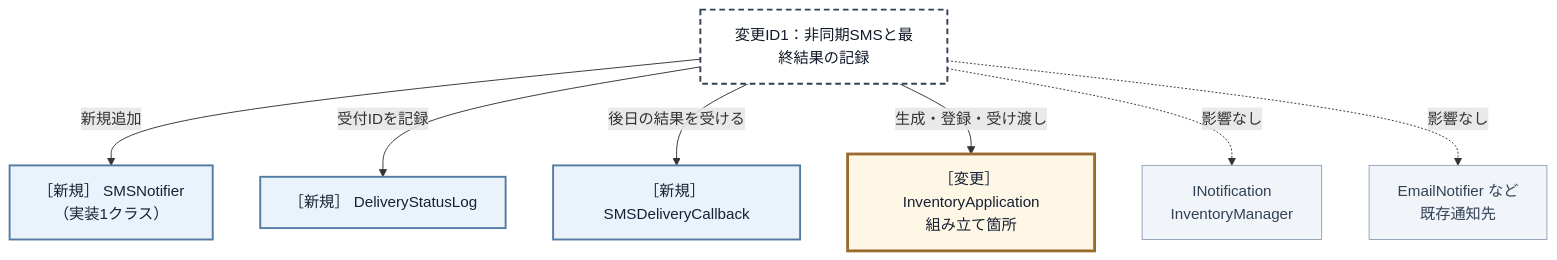
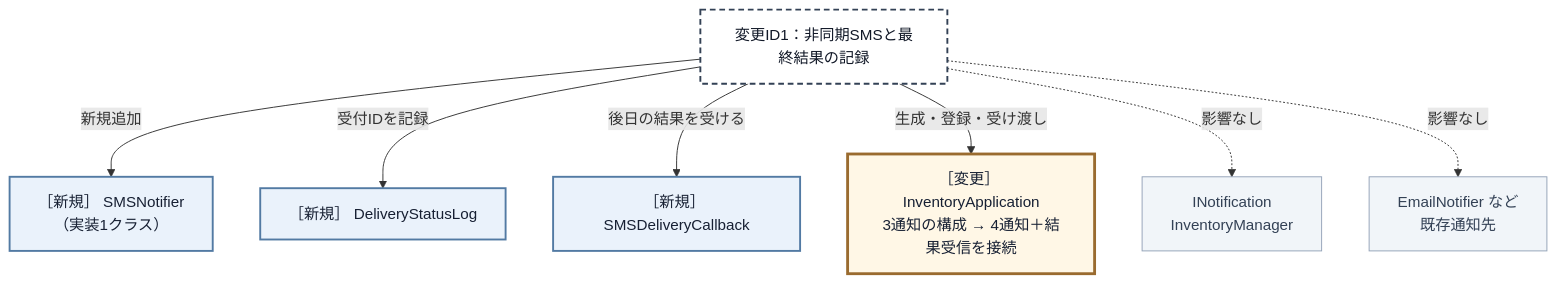
Before and after one commit to kumachan1101-pixel/DesignPattern: diagram 16 of 17 in kindle/design-patterns/books/volume01-core-patterns/output/05-chapter03.md, drawn with Mermaid. The commit also changed other lines of this file and 18 other files, not shown here.

````diff
--- a/kindle/design-patterns/books/volume01-core-patterns/output/05-chapter03.md
+++ b/kindle/design-patterns/books/volume01-core-patterns/output/05-chapter03.md
@@ -3125,15 +3099,15 @@
 ```mermaid
 graph TD
     T1["変更ID1：非同期SMSと最終結果の記録"]:::req
         -->|新規追加| N1["［新規］ SMSNotifier<br>（実装1クラス）"]:::added
     T1 -->|受付IDを記録| N2["［新規］ DeliveryStatusLog"]:::added
     T1 -->|後日の結果を受ける| N3["［新規］ SMSDeliveryCallback"]:::added
-    T1 -->|生成・登録・受け渡し| N4["［変更］ InventoryApplication<br>組み立て箇所"]:::touched
+    T1 -->|生成・登録・受け渡し| N4["［変更］ InventoryApplication<br>3通知の構成 → 4通知＋結果受信を接続"]:::touched
     T1 -. "影響なし" .-> A["INotification<br>InventoryManager"]:::keep
     T1 -. "影響なし" .-> B["EmailNotifier など<br>既存通知先"]:::keep
 
     classDef req fill:#ffffff,stroke:#334155,stroke-width:2px,stroke-dasharray:6 4,color:#111827;
     classDef keep fill:#f1f5f9,stroke:#94a3b8,color:#334155;
     classDef added fill:#eaf2fb,stroke:#527aa3,stroke-width:2px,color:#172033;
     classDef touched fill:#fff7e6,stroke:#9a6b2f,stroke-width:3px,color:#172033;
 ```
````
